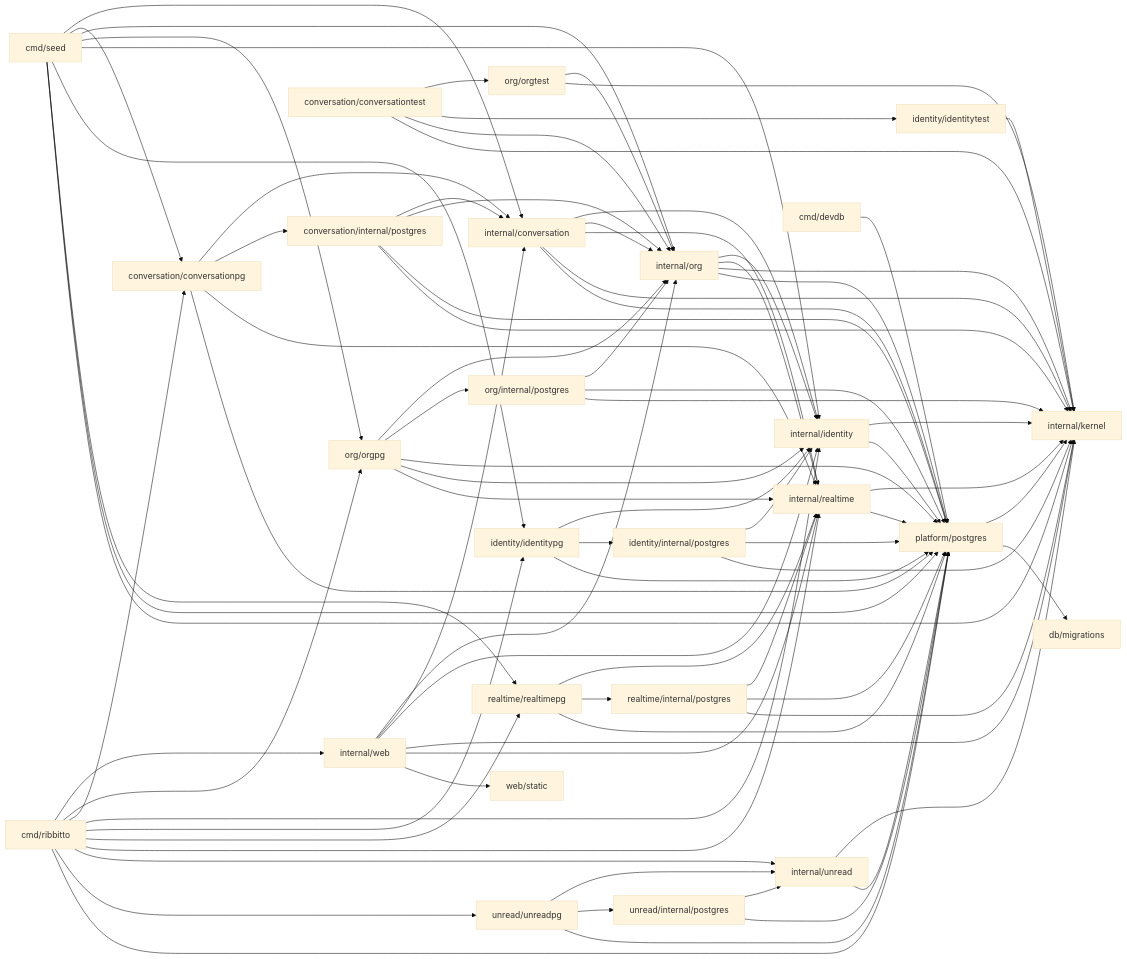
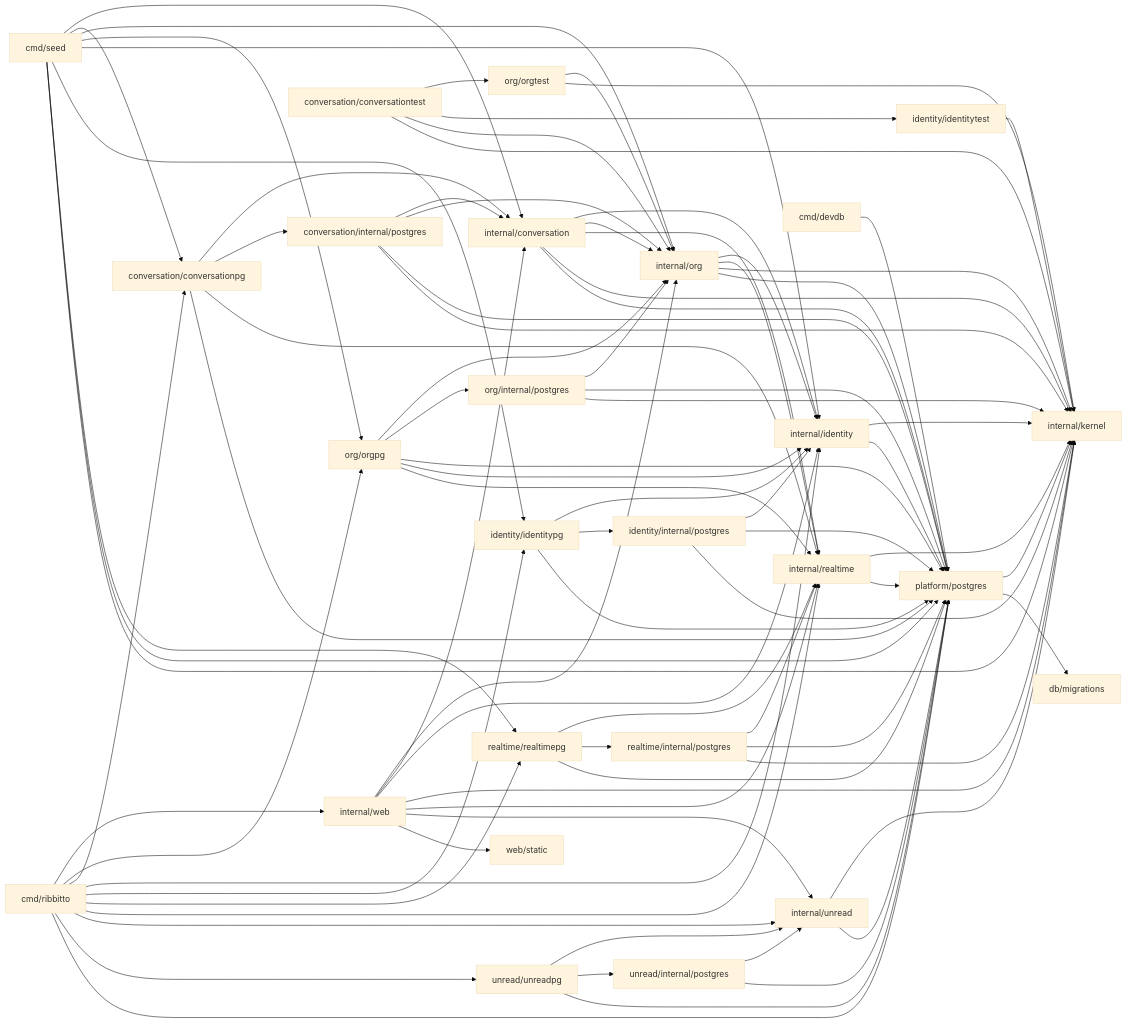
Before and after one commit to tkakkie/ribbitto: the diagram in docs/architecture/packages.md, drawn with Mermaid (base theme). The commit also changed other lines of this file and 31 other files, not shown here.

````diff
--- a/docs/architecture/packages.md
+++ b/docs/architecture/packages.md
@@ -43,26 +43,26 @@
 ```mermaid
 flowchart LR
   cmd[cmd/ribbitto] --> web & orgpg[org/orgpg] & conversationpg[conversation/conversationpg] & identity & identitypg[identity/identitypg] & realtimepg & realtime & unread & unreadpg & platform[platform/postgres]
   seed[cmd/seed] --> conversation & conversationpg & org & orgpg & identity & identitypg & realtimepg & platform & kernel
   devdb[cmd/devdb] --> platform
-  web[internal/web] --> org & conversation & identity & kernel & realtime & static[web/static]
+  web[internal/web] --> org & conversation & identity & kernel & realtime & unread & static[web/static]
   conversationpg --> conversation[internal/conversation] & cstore[conversation/internal/postgres] & realtime & platform
   conversation --> identity & org & realtime & kernel & platform
   cstore --> conversation & org & platform & kernel
   conversationtest[conversation/conversationtest] --> orgtest[org/orgtest] & identitytest[identity/identitytest] & org & kernel
   orgtest --> org & kernel
   identitytest --> kernel
   realtime[internal/realtime] --> kernel & platform
   realtimepg[realtime/realtimepg] --> realtime & rstore[realtime/internal/postgres] & platform
   rstore --> realtime & platform & kernel
   org[internal/org] --> identity & realtime & kernel & platform
   orgpg --> org & ostore[org/internal/postgres] & platform & identity & realtime
   ostore --> org & platform & kernel
   identity[internal/identity] --> kernel & platform
   identitypg --> identity & store[identity/internal/postgres] & platform
   store --> identity & platform & kernel
   unread[internal/unread] --> kernel & platform
   unreadpg[unread/unreadpg] --> unread & ustore[unread/internal/postgres] & platform
   ustore --> unread & platform
   platform --> kernel[internal/kernel] & migrations[db/migrations]
 ```
````
